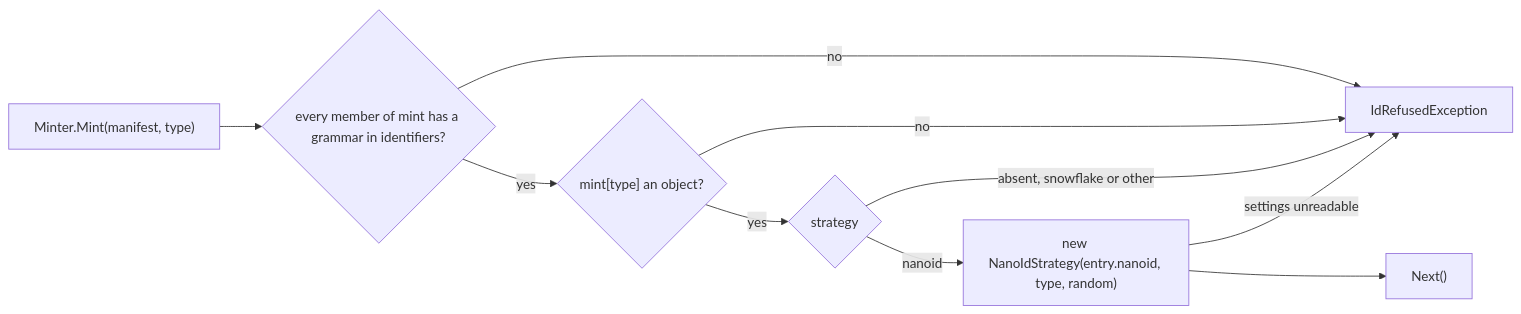
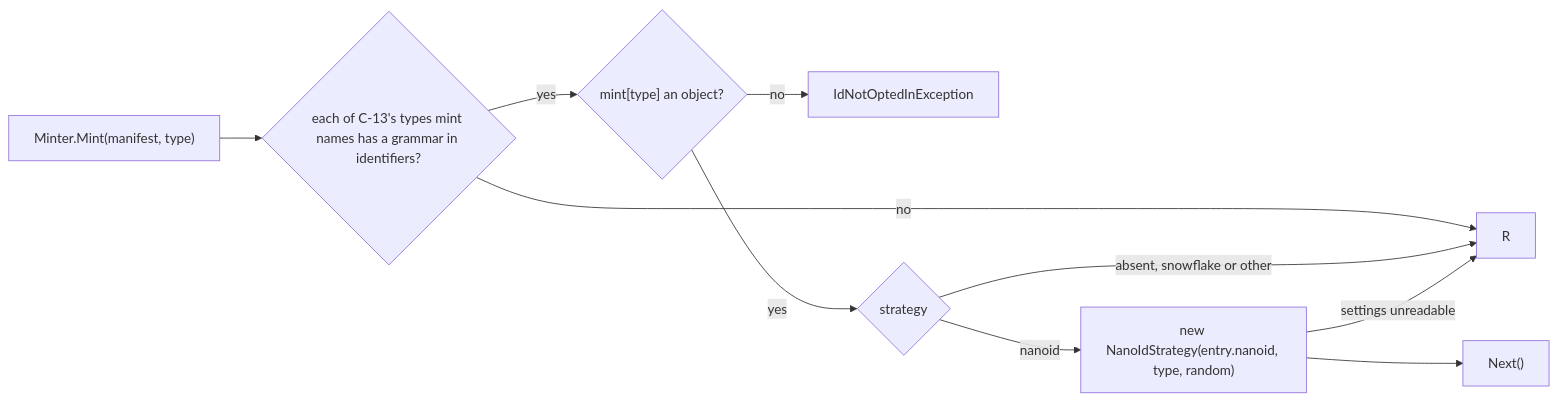
Before and after one commit to RLittlesII/specht: the first of 2 diagrams in src/specht/Identifiers/.spec/README.md, drawn with Mermaid. The commit also changed other lines of this file and 11 other files, not shown here.

First line of the commit message:
task(0415): exit 4 for a type not opted in; B-043 covers C-13's types

````diff
--- a/src/specht/Identifiers/.spec/README.md
+++ b/src/specht/Identifiers/.spec/README.md
@@ -223,12 +223,12 @@
 ```mermaid
 flowchart LR
-    A["Minter.Mint(manifest, type)"] --> G{"every member of mint has a grammar in identifiers?"}
+    A["Minter.Mint(manifest, type)"] --> G{"each of C-13's types mint names has a grammar in identifiers?"}
     G -- no --> R
     G -- yes --> B{"mint[type] an object?"}
-    B -- no --> R[IdRefusedException]
+    B -- no --> N[IdNotOptedInException]
     B -- yes --> C{strategy}
     C -- nanoid --> D["new NanoIdStrategy(entry.nanoid, type, random)"]
     C -- absent, snowflake or other --> R
     D -- settings unreadable --> R
     D --> E["Next()"]
 ```
````
